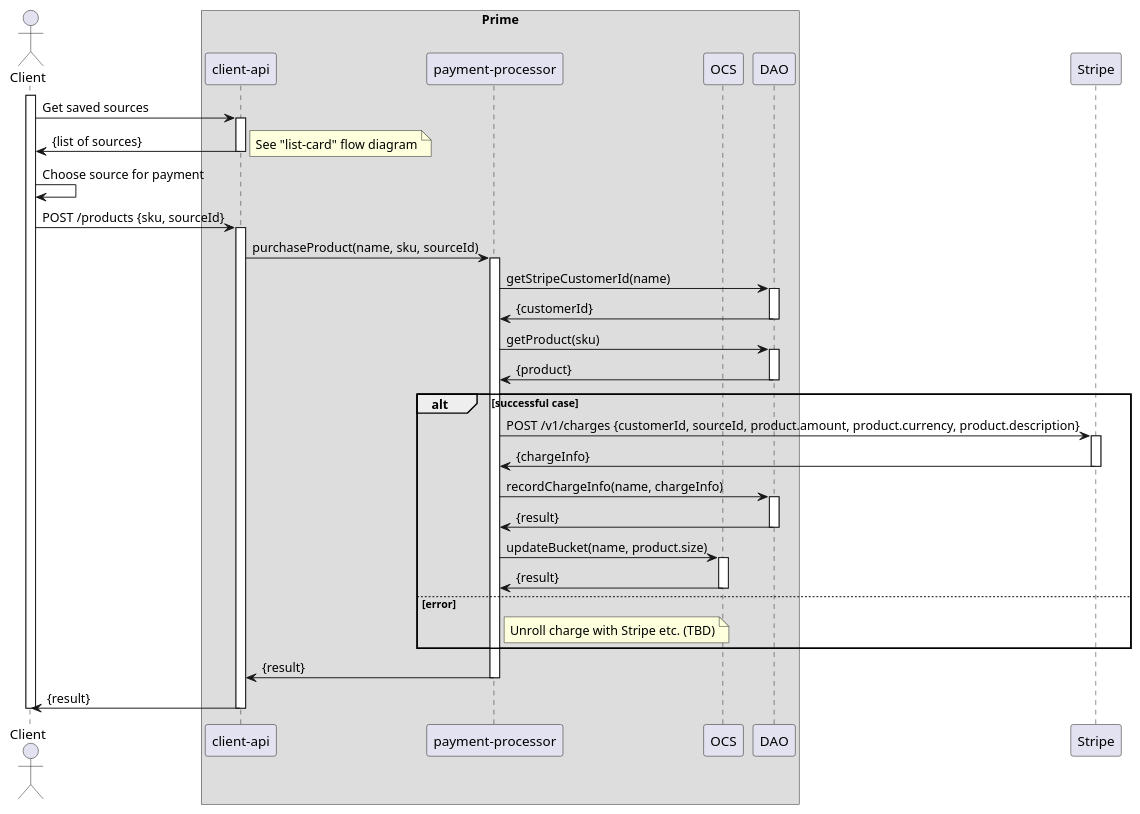
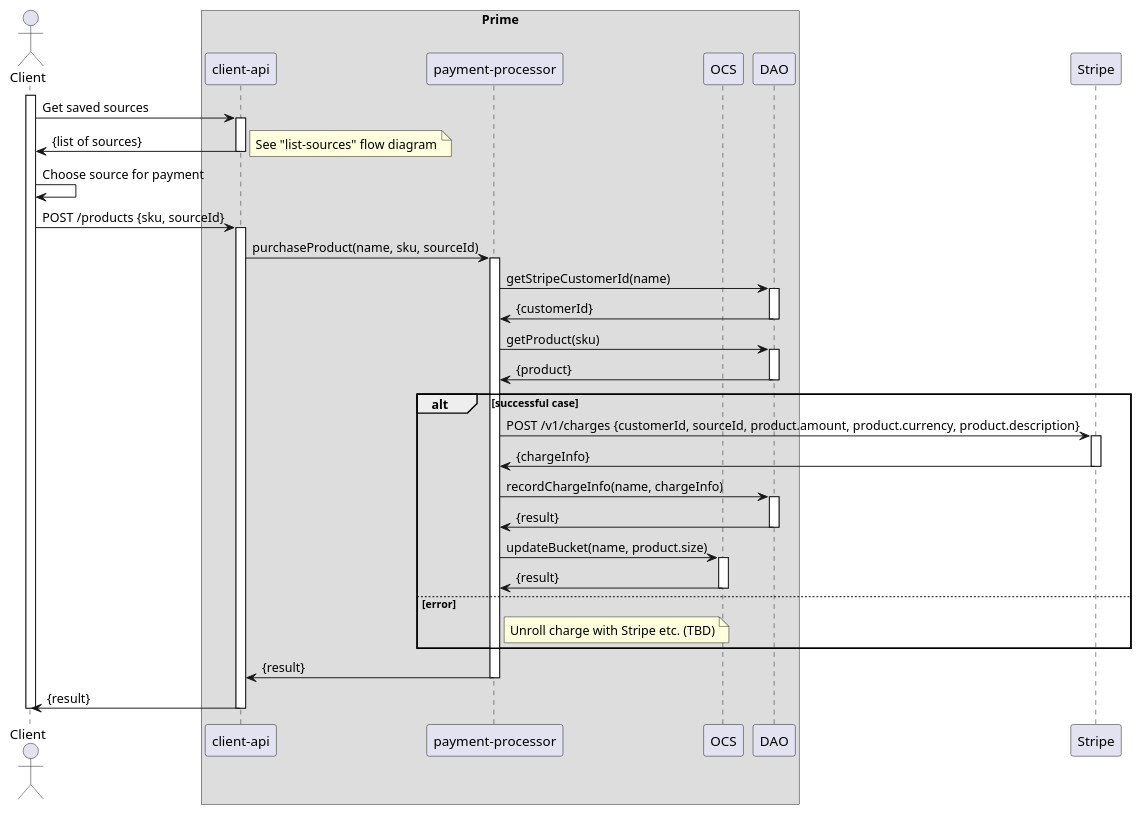
One commit to ostelco/ostelco-core changed the diagram in payment-processor/doc/puml/purchase-with-savedcard-modified.puml. Above: the diagram before and after it, drawn with PlantUML.

Commit message:
Update 'purchase with saved card' sequence diagram with more details

```diff
--- a/payment-processor/doc/puml/purchase-with-savedcard-modified.puml
+++ b/payment-processor/doc/puml/purchase-with-savedcard-modified.puml
@@ -1,68 +1,68 @@
 @startuml
 
 actor Client
 participant Client
 
 box "Prime"
     participant "client-api"
     participant "payment-processor"
     participant OCS
     participant DAO
 end box
 participant Stripe
 
 activate Client
     Client -> "client-api" : Get saved sources
     activate "client-api"
     "client-api" -> Client : {list of sources}
     deactivate "client-api"
-    note right : See "list-card" flow diagram
+    note right : See "list-sources" flow diagram
 
     Client -> Client : Choose source for payment
 
     Client -> "client-api": POST /products {sku, sourceId}
     activate "client-api"
 
     "client-api" -> "payment-processor" : purchaseProduct(name, sku, sourceId)
     activate "payment-processor"
 
     "payment-processor" -> DAO : getStripeCustomerId(name)
     activate DAO
     DAO -> "payment-processor" : {customerId}
     deactivate DAO
 
     "payment-processor" -> DAO : getProduct(sku)
     activate DAO
     DAO -> "payment-processor" : {product}
     deactivate DAO
 
     alt successful case
         "payment-processor" -> Stripe : POST /v1/charges {customerId, sourceId, product.amount, product.currency, product.description}
         activate Stripe
         Stripe -> "payment-processor" : {chargeInfo}
         deactivate Stripe
 
         "payment-processor" -> DAO: recordChargeInfo(name, chargeInfo)
         activate DAO
         DAO -> "payment-processor" : {result}
         deactivate DAO
 
         "payment-processor" -> OCS : updateBucket(name, product.size)
         activate OCS
         OCS -> "payment-processor" : {result}
         deactivate OCS
 
     else error
          note right of "payment-processor" : Unroll charge with Stripe etc. (TBD)
 
     end
 
     "payment-processor" -> "client-api" : {result}
     deactivate "payment-processor"
 
     "client-api" -> Client : {result}
     deactivate "client-api"
 
 deactivate Client
 
 @enduml
```
